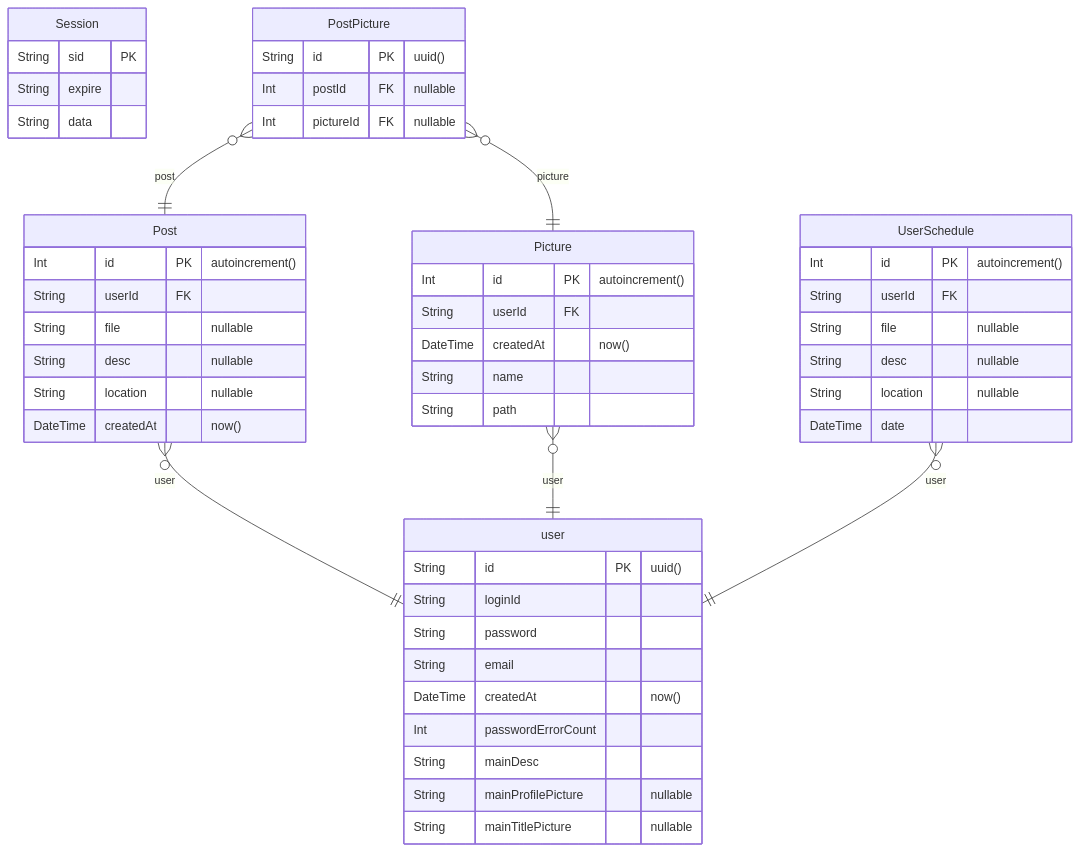
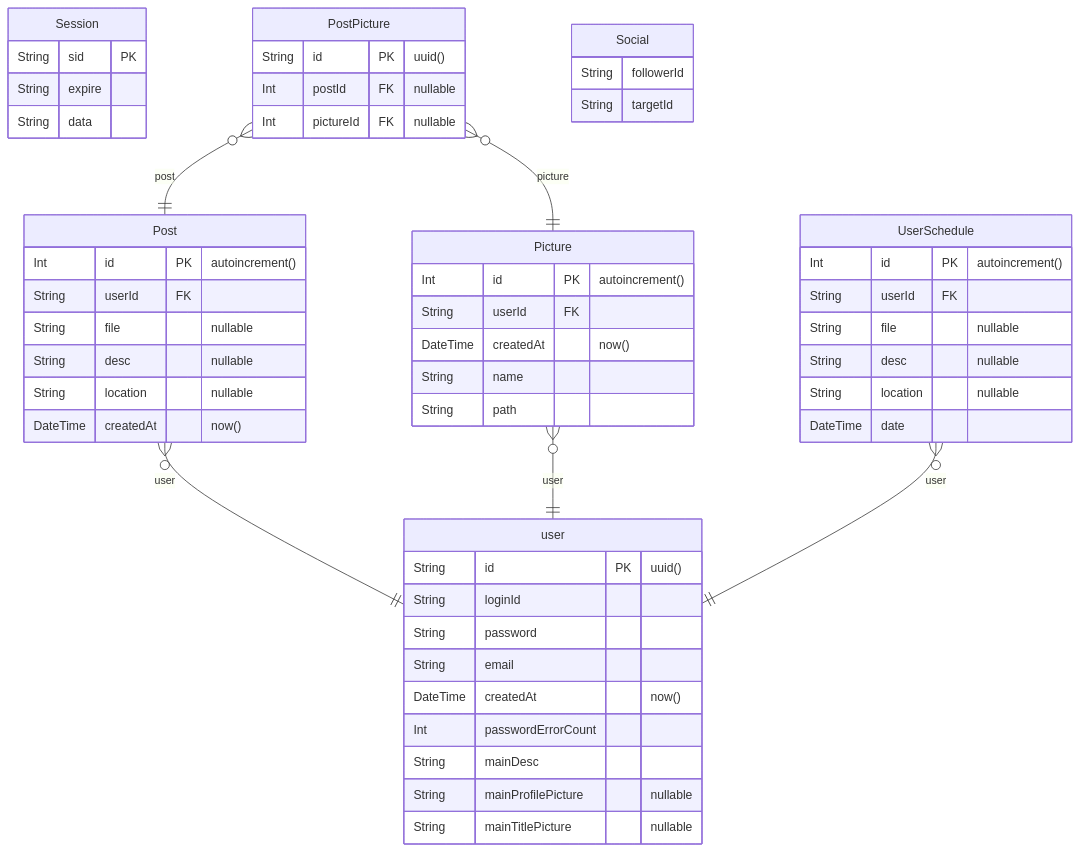
One commit to LuticaCANARD/Lutica_KNUT_Web_final changed the diagram in prisma/ERD.md. Above: the diagram before and after it, drawn with Mermaid. The commit also changed 6 other files, not shown here.

````diff
--- a/prisma/ERD.md
+++ b/prisma/ERD.md
@@ -1,53 +1,57 @@
 ```mermaid
 erDiagram
 	Session {
 		String sid PK
 		String expire
 		String data
 	}
 	user {
 		String id PK  "uuid()"
 		String loginId
 		String password
 		String email
 		DateTime createdAt  "now()"
 		Int passwordErrorCount
 		String mainDesc
 		String mainProfilePicture  "nullable"
 		String mainTitlePicture  "nullable"
 	}
 	Post {
 		Int id PK  "autoincrement()"
 		String userId FK
 		String file  "nullable"
 		String desc  "nullable"
 		String location  "nullable"
 		DateTime createdAt  "now()"
 	}
 	Picture {
 		Int id PK  "autoincrement()"
 		String userId FK
 		DateTime createdAt  "now()"
 		String name
 		String path
 	}
 	PostPicture {
 		String id PK  "uuid()"
 		Int postId FK  "nullable"
 		Int pictureId FK  "nullable"
 	}
 	UserSchedule {
 		Int id PK  "autoincrement()"
 		String userId FK
 		String file  "nullable"
 		String desc  "nullable"
 		String location  "nullable"
 		DateTime date
 	}
+	Social {
+		String followerId
+		String targetId
+	}
 	Post }o--|| user : user
 	Picture }o--|| user : user
 	PostPicture }o--|| Post : post
 	PostPicture }o--|| Picture : picture
 	UserSchedule }o--|| user : user
 
 ```
````
